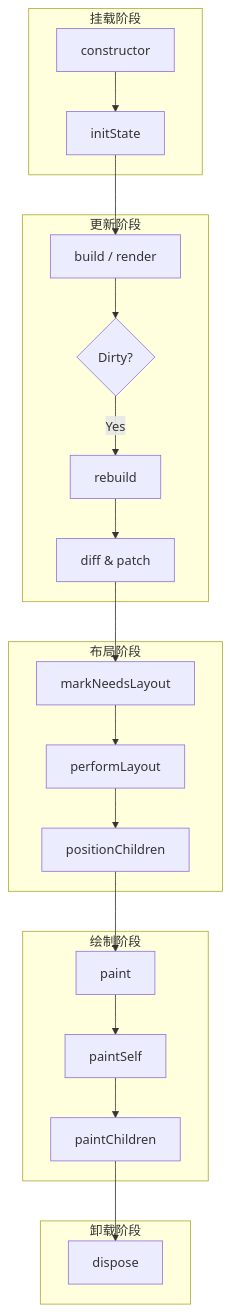
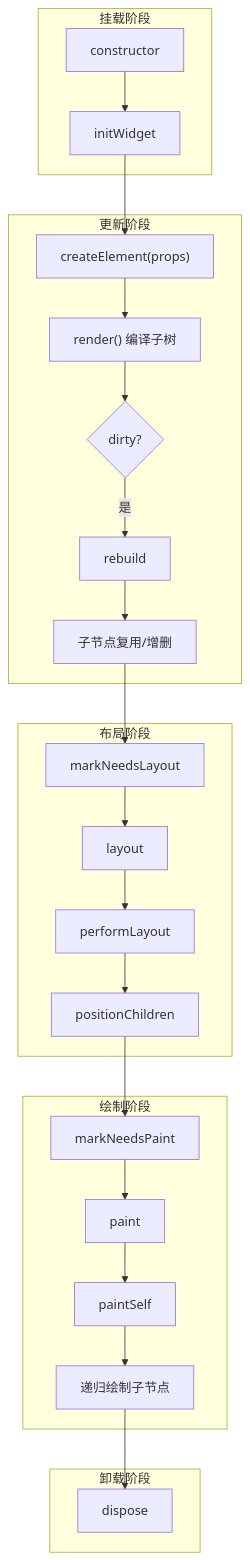
Before and after one commit to edeink/inkwell: the diagram in docs/core/lifecycle.md, drawn with Mermaid. The commit also changed other lines of this file and 46 other files, not shown here.

````diff
--- a/docs/core/lifecycle.md
+++ b/docs/core/lifecycle.md
@@ -13,31 +13,34 @@
 ```mermaid
 graph TD
-    subgraph Mount [挂载阶段]
-        A[constructor] --> B[initState]
+    subgraph Mount["挂载阶段"]
+        A["constructor"] --> B["initWidget"]
     end
 
-    subgraph Update [更新阶段]
-        B --> C[build / render]
-        C --> D{Dirty?}
-        D -- Yes --> E[rebuild]
-        E --> F[diff & patch]
+    subgraph Update["更新阶段"]
+        B --> C["createElement(props)"]
+        C --> D["render() 编译子树"]
+        D --> E{"dirty?"}
+        E -- "是" --> F["rebuild"]
+        F --> G["子节点复用/增删"]
     end
 
-    subgraph Layout [布局阶段]
-        F --> G[markNeedsLayout]
-        G --> H[performLayout]
-        H --> I[positionChildren]
+    subgraph Layout["布局阶段"]
+        G --> H["markNeedsLayout"]
+        H --> I["layout"]
+        I --> J["performLayout"]
+        J --> K["positionChildren"]
     end
 
-    subgraph Paint [绘制阶段]
-        I --> J[paint]
-        J --> K[paintSelf]
-        K --> L[paintChildren]
+    subgraph Paint["绘制阶段"]
+        K --> L["markNeedsPaint"]
+        L --> M["paint"]
+        M --> N["paintSelf"]
+        N --> O["递归绘制子节点"]
     end
 
-    subgraph Unmount [卸载阶段]
-        M[dispose]
+    subgraph Unmount["卸载阶段"]
+        P["dispose"]
     end
 
-    L --> M
+    O --> P
 ```
````
